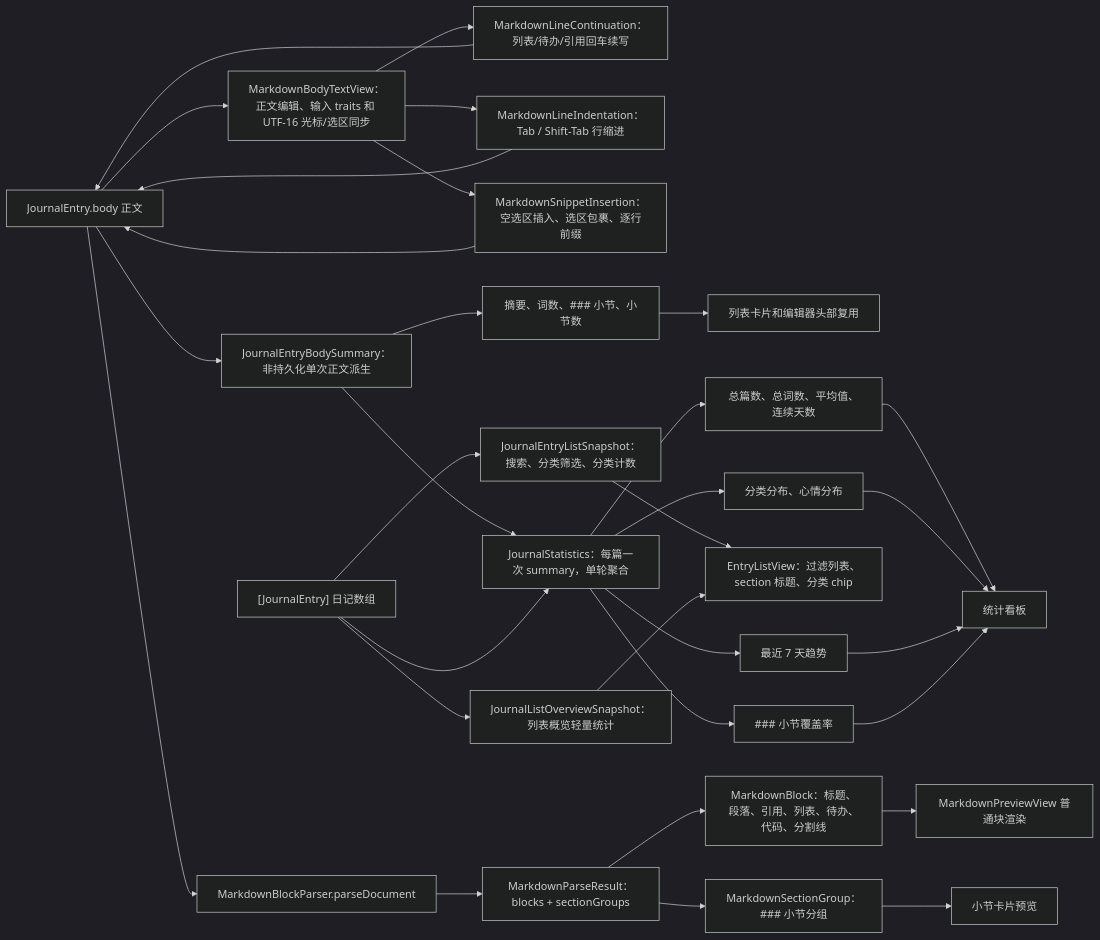
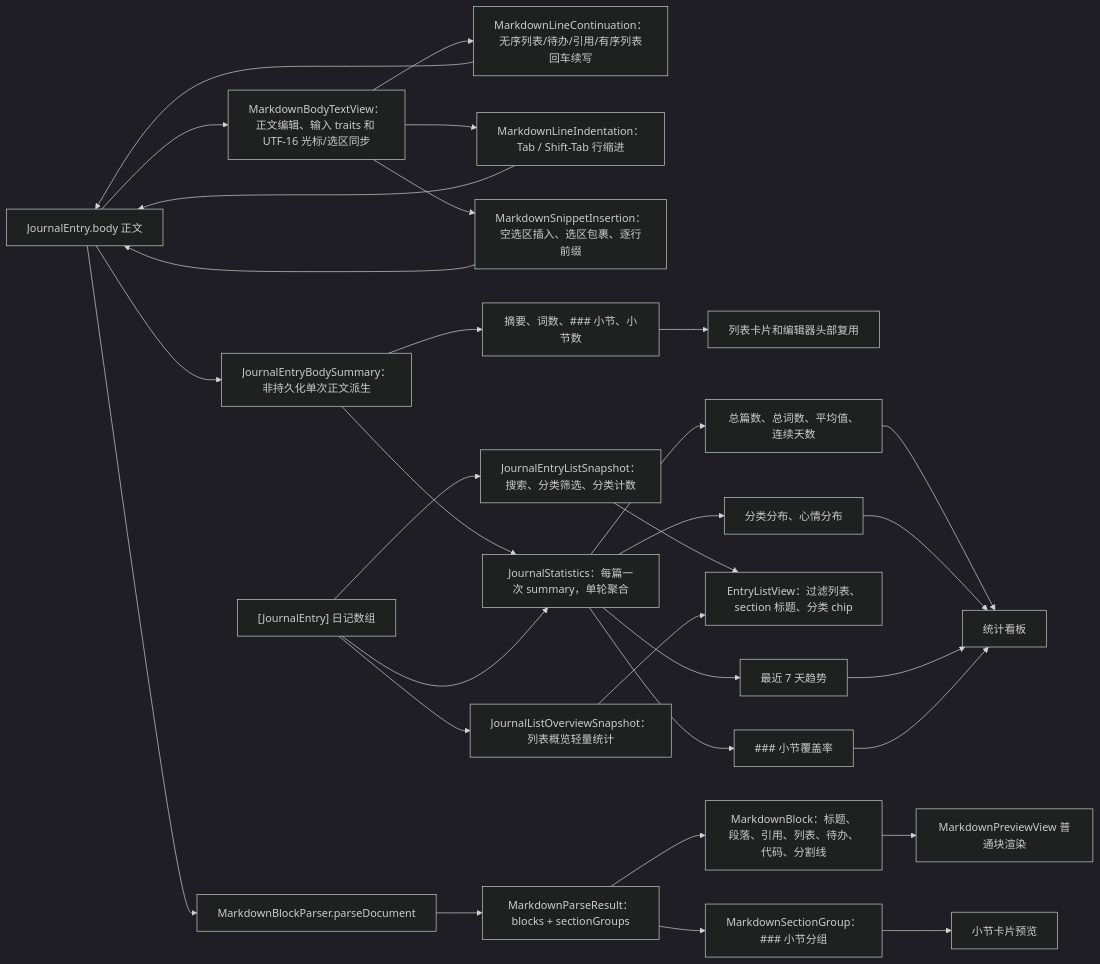
Before and after one commit to Altman-sam114/117: the fourth of 6 diagrams in md/flow/flowchart.md, drawn with Mermaid (dark theme). The commit also changed other lines of this file and 8 other files, not shown here.

````diff
--- a/md/flow/flowchart.md
+++ b/md/flow/flowchart.md
@@ -117,33 +117,33 @@
 ```mermaid
 flowchart LR
   Body["JournalEntry.body 正文"] --> Summary["JournalEntryBodySummary：非持久化单次正文派生"]
   Body --> BodyText["MarkdownBodyTextView：正文编辑、输入 traits 和 UTF-16 光标/选区同步"]
-  BodyText --> ContinueRule["MarkdownLineContinuation：列表/待办/引用回车续写"]
+  BodyText --> ContinueRule["MarkdownLineContinuation：无序列表/待办/引用/有序列表回车续写"]
   ContinueRule --> Body
   BodyText --> IndentRule["MarkdownLineIndentation：Tab / Shift-Tab 行缩进"]
   IndentRule --> Body
   BodyText --> InsertRule["MarkdownSnippetInsertion：空选区插入、选区包裹、逐行前缀"]
   InsertRule --> Body
   Summary --> Excerpt["摘要、词数、### 小节、小节数"]
   Excerpt --> RowEditor["列表卡片和编辑器头部复用"]
   Summary --> Statistics["JournalStatistics：每篇一次 summary，单轮聚合"]
   Body --> Parse["MarkdownBlockParser.parseDocument"]
   Parse --> Result["MarkdownParseResult：blocks + sectionGroups"]
   Result --> Blocks["MarkdownBlock：标题、段落、引用、列表、待办、代码、分割线"]
   Blocks --> Preview["MarkdownPreviewView 普通块渲染"]
   Result --> Sections["MarkdownSectionGroup：### 小节分组"]
   Sections --> SectionPreview["小节卡片预览"]
   Entries["[JournalEntry] 日记数组"] --> Statistics
   Entries --> ListSnapshot2["JournalEntryListSnapshot：搜索、分类筛选、分类计数"]
   ListSnapshot2 --> ListView["EntryListView：过滤列表、section 标题、分类 chip"]
   Entries --> ListOverview2["JournalListOverviewSnapshot：列表概览轻量统计"]
   ListOverview2 --> ListView
   Statistics --> Metrics["总篇数、总词数、平均值、连续天数"]
   Statistics --> Distributions["分类分布、心情分布"]
   Statistics --> Trend["最近 7 天趋势"]
   Statistics --> Coverage["### 小节覆盖率"]
   Metrics --> Dashboard["统计看板"]
   Distributions --> Dashboard
   Trend --> Dashboard
   Coverage --> Dashboard
 ```
````
